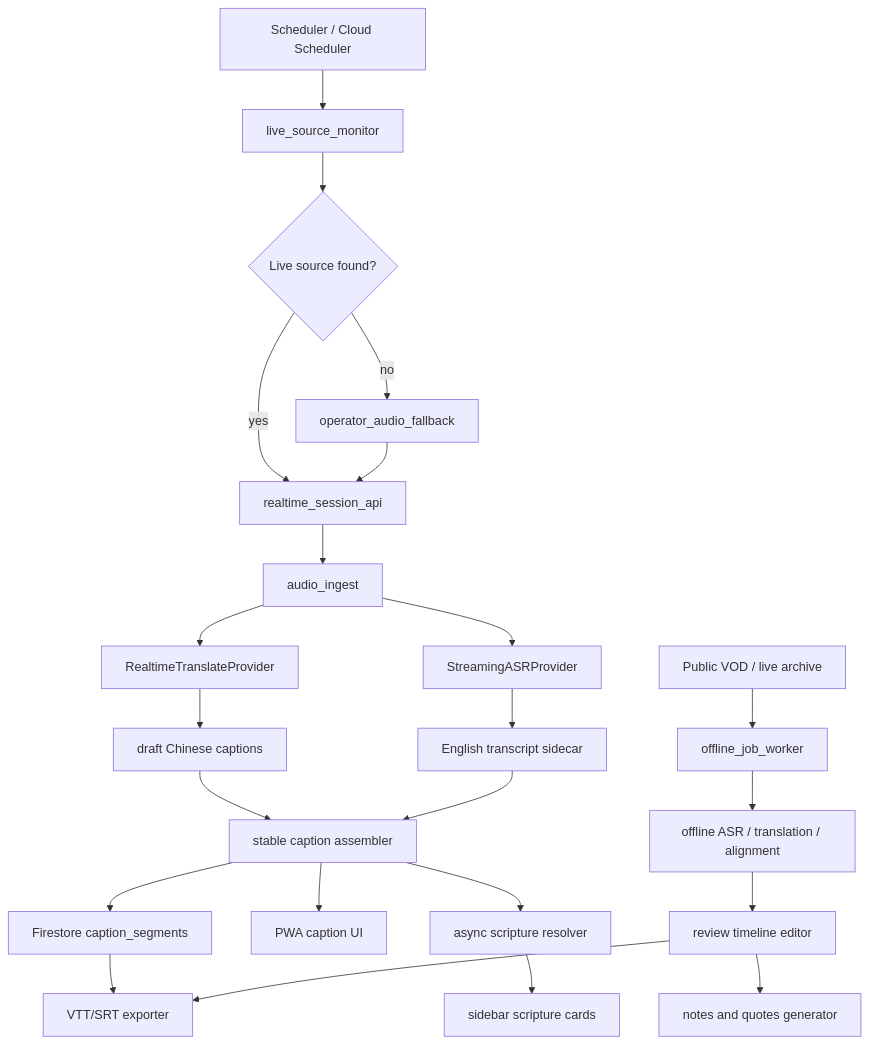
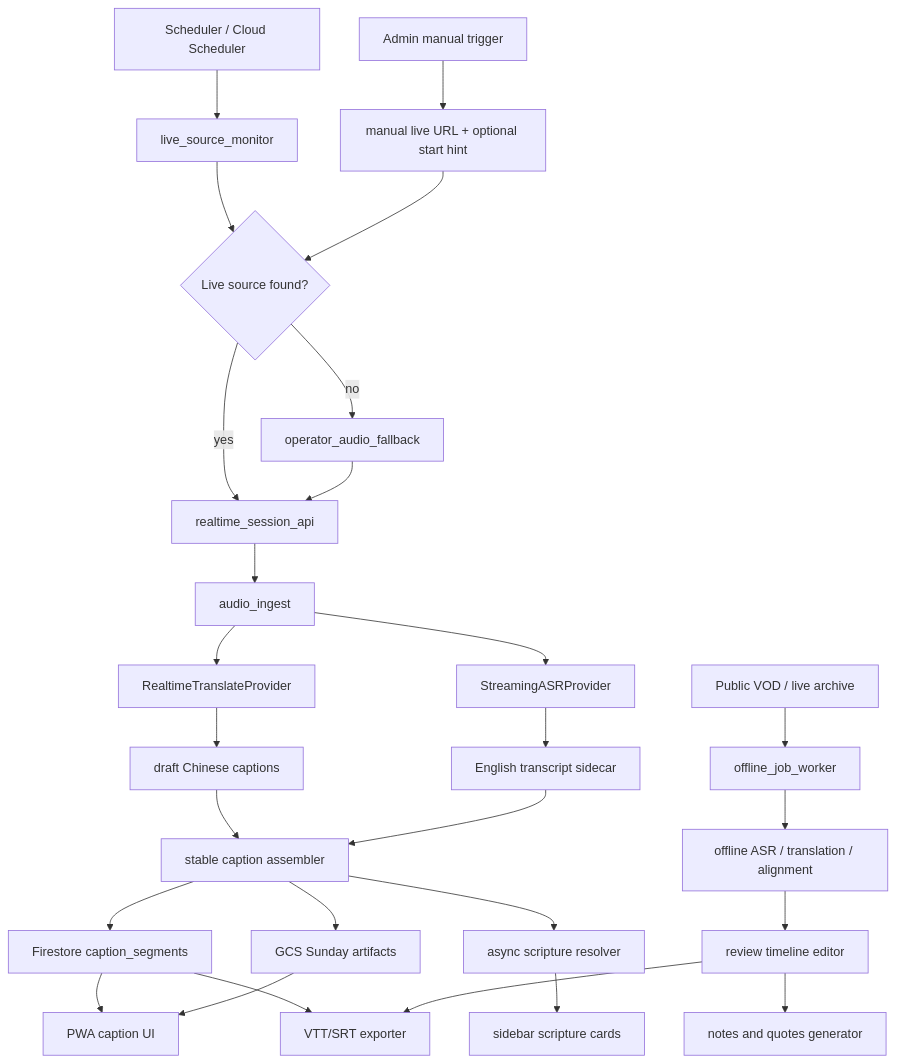
Before and after one commit to JonathanJing/sermon-video-zh-subtitles: the diagram in docs/system-design.zh.md, drawn with Mermaid. The commit also changed other lines of this file and 9 other files, not shown here.

````diff
--- a/docs/system-design.zh.md
+++ b/docs/system-design.zh.md
@@ -73,27 +93,31 @@
 ```mermaid
 flowchart TD
   A["Scheduler / Cloud Scheduler"] --> B["live_source_monitor"]
+  AA["Admin manual trigger"] --> BB["manual live URL + optional start hint"]
   B --> C{"Live source found?"}
+  BB --> C
   C -->|yes| D["realtime_session_api"]
   C -->|no| E["operator_audio_fallback"]
   E --> D
 
   D --> F["audio_ingest"]
   F --> G["RealtimeTranslateProvider"]
   F --> H["StreamingASRProvider"]
   G --> I["draft Chinese captions"]
   H --> J["English transcript sidecar"]
   I --> K["stable caption assembler"]
   J --> K
   K --> L["Firestore caption_segments"]
-  K --> M["PWA caption UI"]
+  K --> W["GCS Sunday artifacts"]
+  L --> M["PWA caption UI"]
+  W --> M
   K --> N["async scripture resolver"]
   N --> O["sidebar scripture cards"]
   L --> P["VTT/SRT exporter"]
 
   Q["Public VOD / live archive"] --> R["offline_job_worker"]
   R --> S["offline ASR / translation / alignment"]
   S --> T["review timeline editor"]
   T --> P
   T --> U["notes and quotes generator"]
 ```
````
